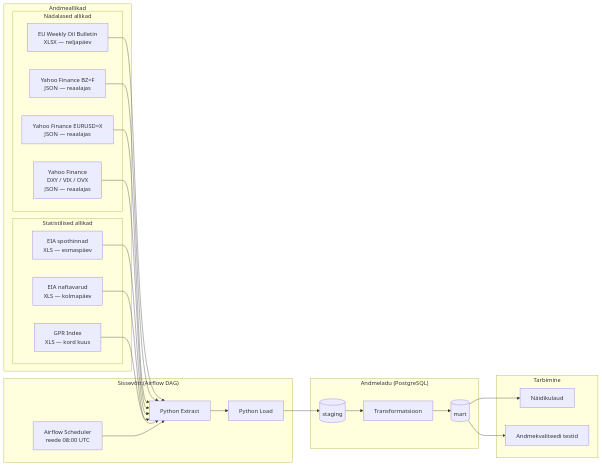
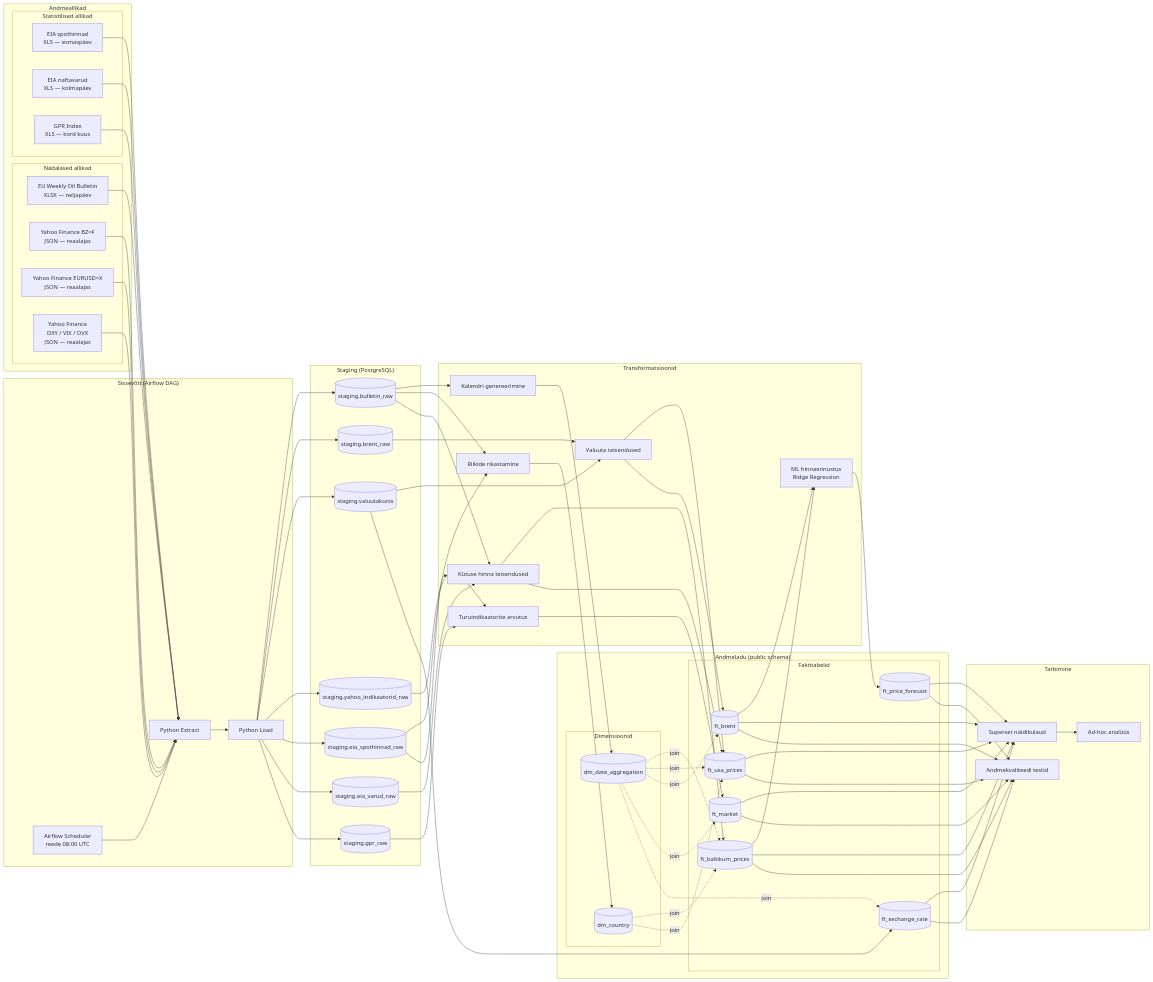
Before and after one commit to godbolts/fuel_analysis: the diagram in docs/arhitektuur.md, drawn with Mermaid. The commit also changed other lines of this file, not shown here.

Commit message:
Architecture update

````diff
--- a/docs/arhitektuur.md
+++ b/docs/arhitektuur.md
@@ -27,37 +33,63 @@
 flowchart LR
 
     subgraph Sources["Andmeallikad"]
-
         subgraph Weekly["Nädalased allikad"]
-            eu[EU Weekly Oil Bulletin\nXLSX — neljapäev]
-            yahoo_brent[Yahoo Finance BZ=F\nJSON — reaalajas]
-            yahoo_fx[Yahoo Finance EURUSD=X\nJSON — reaalajas]
-            yahoo_ind[Yahoo Finance\nDXY / VIX / OVX\nJSON — reaalajas]
+            eu[EU Weekly Oil Bulletin<br/>XLSX — neljapäev]
+            yahoo_brent[Yahoo Finance BZ=F<br/>JSON — reaalajas]
+            yahoo_fx[Yahoo Finance EURUSD=X<br/>JSON — reaalajas]
+            yahoo_ind[Yahoo Finance<br/>DXY / VIX / OVX<br/>JSON — reaalajas]
         end
-
         subgraph Frequent["Statistilised allikad"]
-            eia_spot[EIA spothinnad\nXLS — esmaspäev]
-            eia_varud[EIA naftavarud\nXLS — kolmapäev]
-            gpr[GPR Index\nXLS — kord kuus]
+            eia_spot[EIA spothinnad<br/>XLS — esmaspäev]
+            eia_varud[EIA naftavarud<br/>XLS — kolmapäev]
+            gpr[GPR Index<br/>XLS — kord kuus]
         end
-
     end
 
     subgraph Ingestion["Sissevõtt (Airflow DAG)"]
+        scheduler[Airflow Scheduler<br/>reede 08:00 UTC]
         extract[Python Extract]
         load[Python Load]
-        scheduler[Airflow Scheduler\nreede 08:00 UTC]
     end
 
-    subgraph Storage["Andmeladu (PostgreSQL)"]
-        staging[(staging)]
-        transform[Transformatsioon]
-        mart[(mart)]
+    subgraph Staging["Staging (PostgreSQL)"]
+        bulletin[(staging.bulletin_raw)]
+        brent_raw[(staging.brent_raw)]
+        fx_raw[(staging.valuutakurss)]
+        indicators_raw[(staging.yahoo_indikaatorid_raw)]
+        eia_raw[(staging.eia_spothinnad_raw)]
+        varud_raw[(staging.eia_varud_raw)]
+        gpr_raw[(staging.gpr_raw)]
+    end
+
+    subgraph Transform["Transformatsioonid"]
+        date_gen[Kalendri genereerimine]
+        country_gen[Riikide rikastamine]
+        currency_calc[Valuuta teisendused]
+        fuel_calc[Kütuse hinna teisendused]
+        market_calc[Turuindikaatorite arvutus]
+        ml_forecast[ML hinnaennustus<br/>Ridge Regression]
+    end
+
+    subgraph Warehouse["Andmeladu (public schema)"]
+        subgraph Dimensions["Dimensioonid"]
+            dm_date[(dm_date_aggregation)]
+            dm_country[(dm_country)]
+        end
+        subgraph Facts["Faktitabelid"]
+            ft_baltic[(ft_baltikum_prices)]
+            ft_usa[(ft_usa_prices)]
+            ft_brent[(ft_brent)]
+            ft_market[(ft_market)]
+            ft_fx[(ft_exchange_rate)]
+            ft_forecast[(ft_price_forecast)]
+        end
     end
 
     subgraph Consumption["Tarbimine"]
-        dashboard[Näidikulaud]
+        dashboard[Superset näidikulaud]
         quality[Andmekvaliteedi testid]
+        analytics[Ad-hoc analüüs]
     end
 
     eu --> extract
@@ -67,14 +99,65 @@
     eia_spot --> extract
     eia_varud --> extract
     gpr --> extract
-
     scheduler --> extract
     extract --> load
-    load --> staging
 
-    staging --> transform
-    transform --> mart
+    load --> bulletin
+    load --> brent_raw
+    load --> fx_raw
+    load --> indicators_raw
+    load --> eia_raw
+    load --> varud_raw
+    load --> gpr_raw
 
-    mart --> dashboard
-    mart --> quality
+    bulletin --> date_gen
+    date_gen --> dm_date
+
+    bulletin --> country_gen
+    eia_raw --> country_gen
+    country_gen --> dm_country
+
+    bulletin --> fuel_calc
+    fuel_calc --> ft_baltic
+
+    eia_raw --> fuel_calc
+    varud_raw --> fuel_calc
+    fx_raw --> currency_calc
+    currency_calc --> ft_usa
+    fuel_calc --> ft_usa
+
+    brent_raw --> currency_calc
+    currency_calc --> ft_brent
+
+    fx_raw --> ft_fx
+
+    indicators_raw --> market_calc
+    gpr_raw --> market_calc
+    market_calc --> ft_market
+
+    ft_baltic --> ml_forecast
+    ft_brent --> ml_forecast
+    ml_forecast --> ft_forecast
+
+    dm_date -. join .-> ft_baltic
+    dm_date -. join .-> ft_usa
+    dm_date -. join .-> ft_brent
+    dm_date -. join .-> ft_market
+    dm_date -. join .-> ft_fx
+    dm_country -. join .-> ft_baltic
+    dm_country -. join .-> ft_usa
+
+    ft_baltic --> dashboard
+    ft_usa --> dashboard
+    ft_brent --> dashboard
+    ft_market --> dashboard
+    ft_fx --> dashboard
+    ft_forecast --> dashboard
+    ft_baltic --> quality
+    ft_usa --> quality
+    ft_brent --> quality
+    ft_market --> quality
+    ft_fx --> quality
+    ft_forecast --> quality
+    dashboard --> analytics
 ```
````
